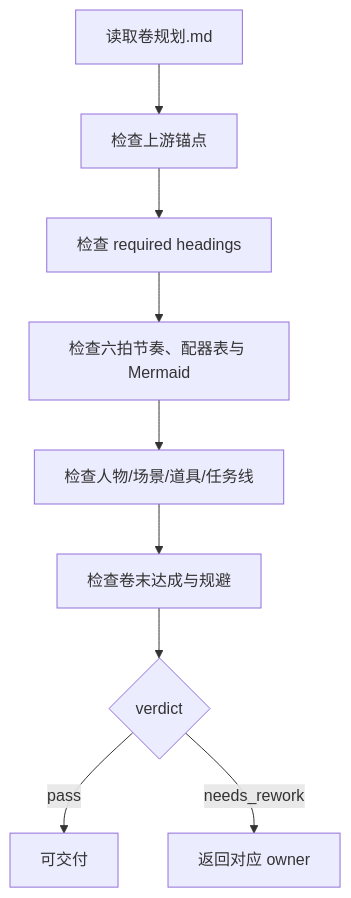
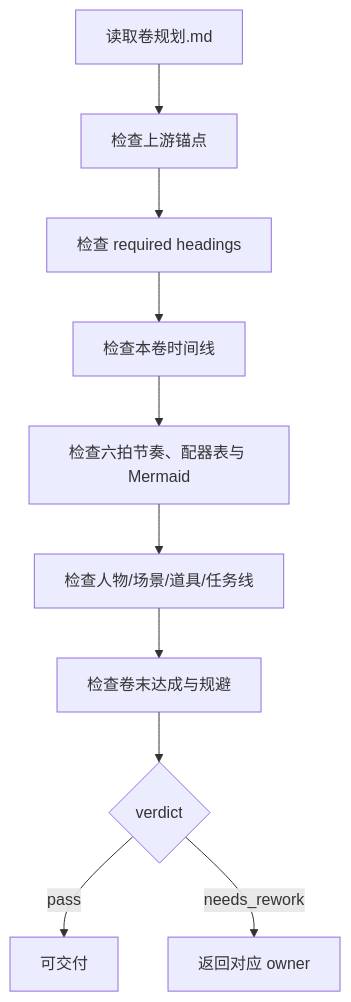
The diagram in .agents/skills/story/2-卷章/2-卷级/review/review-contract.md (ZEN-VOID/AI-CUT), drawn with Mermaid before and after one commit. The commit also changed other lines of this file and 45 other files, not shown here.

````diff
--- a/.agents/skills/story/2-卷章/2-卷级/review/review-contract.md
+++ b/.agents/skills/story/2-卷章/2-卷级/review/review-contract.md
@@ -12,11 +12,12 @@
 ```mermaid
 flowchart TD
     A["读取卷规划.md"] --> B["检查上游锚点"]
     B --> C["检查 required headings"]
-    C --> D["检查六拍节奏、配器表与 Mermaid"]
-    D --> E["检查人物/场景/道具/任务线"]
-    E --> F["检查卷末达成与规避"]
-    F --> G{"verdict"}
-    G -->|"pass"| H["可交付"]
-    G -->|"needs_rework"| I["返回对应 owner"]
+    C --> D["检查本卷时间线"]
+    D --> E["检查六拍节奏、配器表与 Mermaid"]
+    E --> F["检查人物/场景/道具/任务线"]
+    F --> G["检查卷末达成与规避"]
+    G --> H{"verdict"}
+    H -->|"pass"| I["可交付"]
+    H -->|"needs_rework"| J["返回对应 owner"]
 ```
````
